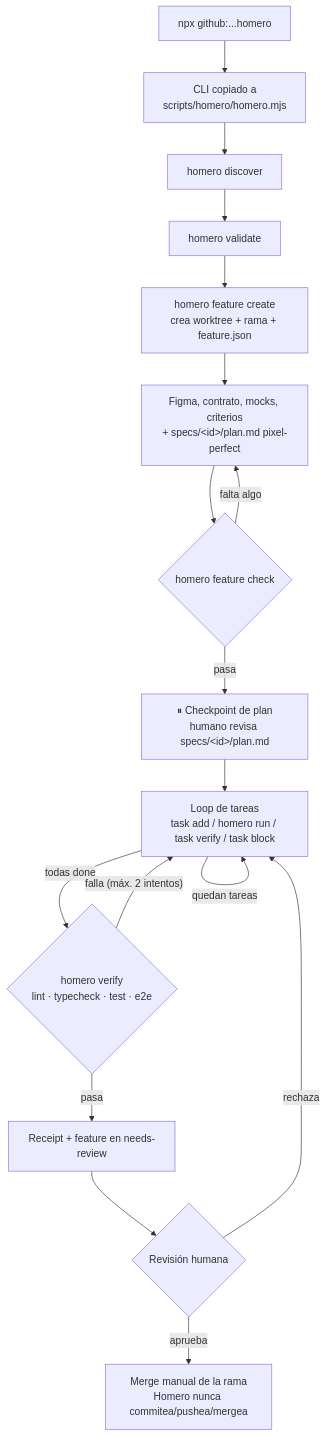
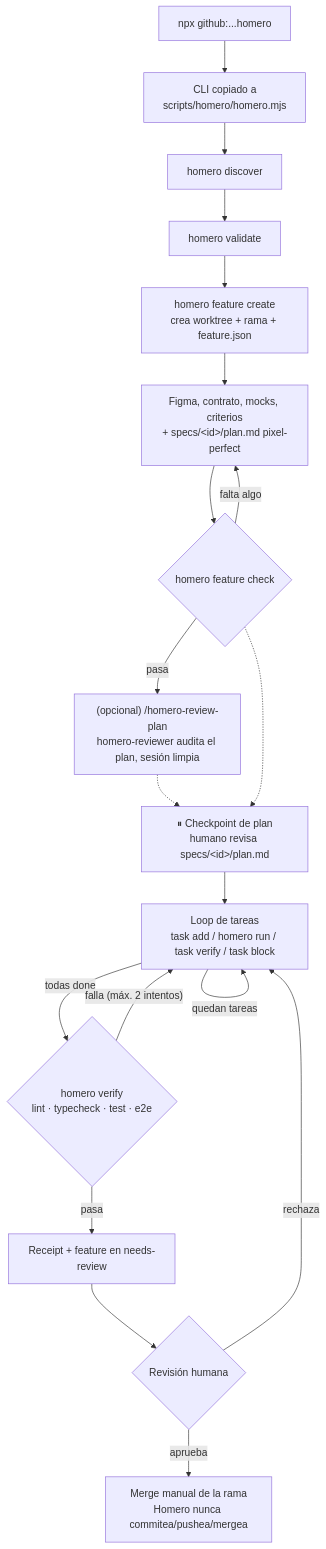
The first of 3 diagrams in docs/usage.md (DanielRamosValenzuela/homero), drawn with Mermaid before and after one commit. The commit also changed other lines of this file and 14 other files, not shown here.

First line of the commit message:
feat: add optional /homero-review-plan checkpoint audit (v0.6.0)

````diff
--- a/docs/usage.md
+++ b/docs/usage.md
@@ -15,19 +15,21 @@
 ```mermaid
 flowchart TD
     A["npx github:...homero"] --> B["CLI copiado a<br/>scripts/homero/homero.mjs"]
     B --> C["homero discover"]
     C --> D["homero validate"]
     D --> E["homero feature create<br/>crea worktree + rama + feature.json"]
     E --> F["Figma, contrato, mocks, criterios<br/>+ specs/&lt;id&gt;/plan.md pixel-perfect"]
     F --> G{"homero feature check"}
     G -- "falta algo" --> F
-    G -- "pasa" --> P["⏸ Checkpoint de plan<br/>humano revisa specs/&lt;id&gt;/plan.md"]
+    G -- "pasa" --> RP["(opcional) /homero-review-plan<br/>homero-reviewer audita el plan, sesión limpia"]
+    RP -.-> P
+    G -.-> P["⏸ Checkpoint de plan<br/>humano revisa specs/&lt;id&gt;/plan.md"]
     P --> H["Loop de tareas<br/>task add / homero run / task verify / task block"]
     H -- "quedan tareas" --> H
     H -- "todas done" --> I{"homero verify<br/>lint · typecheck · test · e2e"}
     I -- "falla (máx. 2 intentos)" --> H
     I -- "pasa" --> J["Receipt + feature en needs-review"]
     J --> K{"Revisión humana"}
     K -- "rechaza" --> H
     K -- "aprueba" --> L["Merge manual de la rama<br/>Homero nunca commitea/pushea/mergea"]
 ```
````
